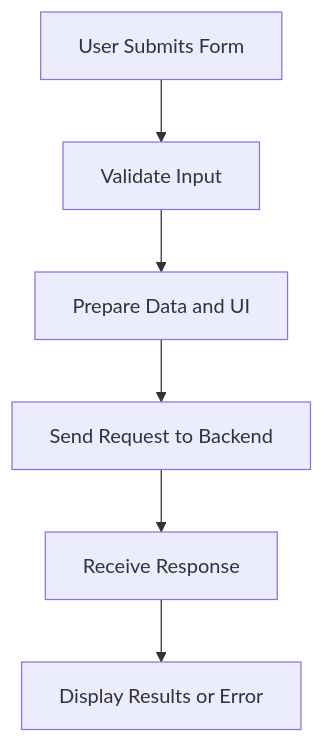
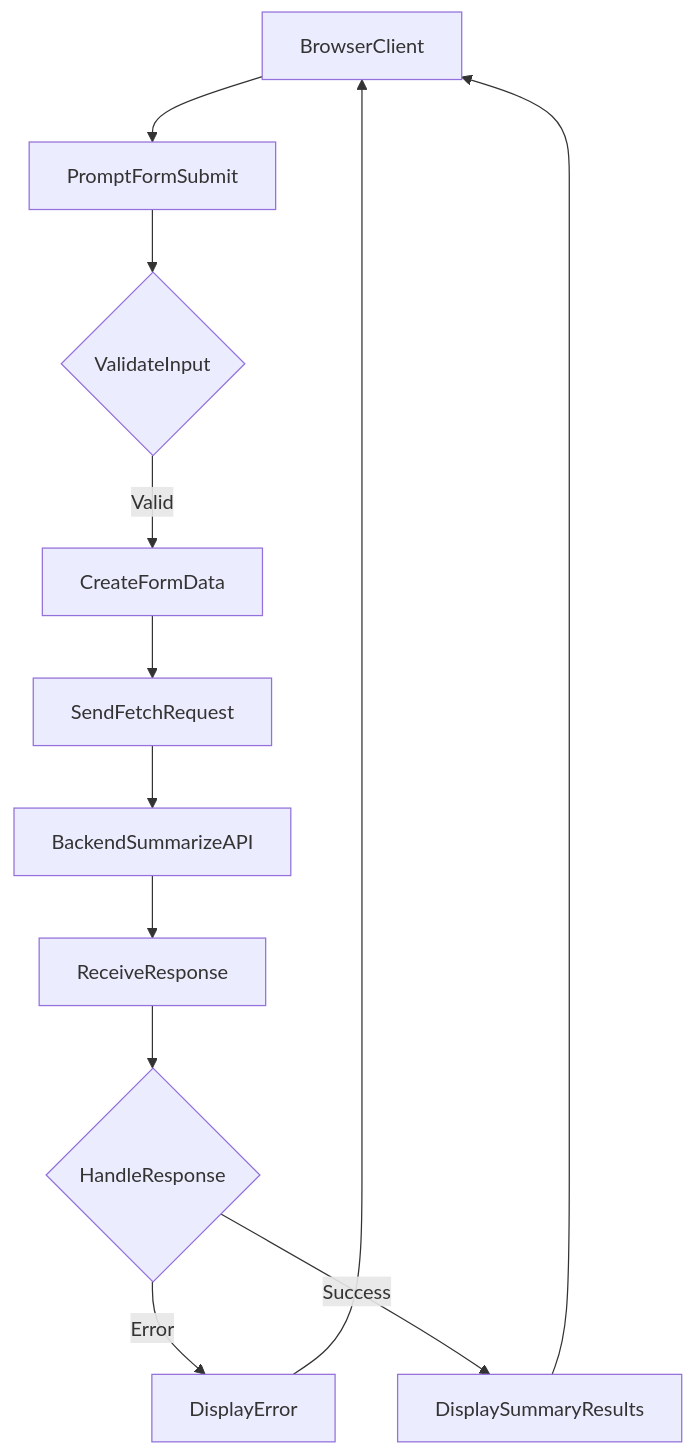
The diagram in docs/script.js.md (test-company-prowiz/Note-Summerizer), drawn with Mermaid before and after one commit. The commit also changed other lines of this file, not shown here.

````diff
--- a/docs/script.js.md
+++ b/docs/script.js.md
@@ -58,8 +51,14 @@
 ```mermaid
 graph TD
-A[User Submits Form] --> B[Validate Input];
-B --> C[Prepare Data and UI];
-C --> D[Send Request to Backend];
-D --> E[Receive Response];
-E --> F[Display Results or Error];
+A[BrowserClient] --> B[PromptFormSubmit]
+B --> C{ValidateInput}
+C -- Valid --> D[CreateFormData]
+D --> E[SendFetchRequest]
+E --> F[BackendSummarizeAPI]
+F --> G[ReceiveResponse]
+G --> H{HandleResponse}
+H -- Error --> I[DisplayError]
+H -- Success --> J[DisplaySummaryResults]
+I --> A
+J --> A
 ```
````
